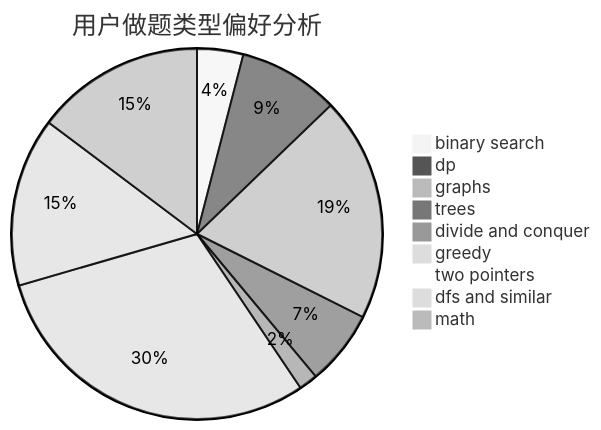
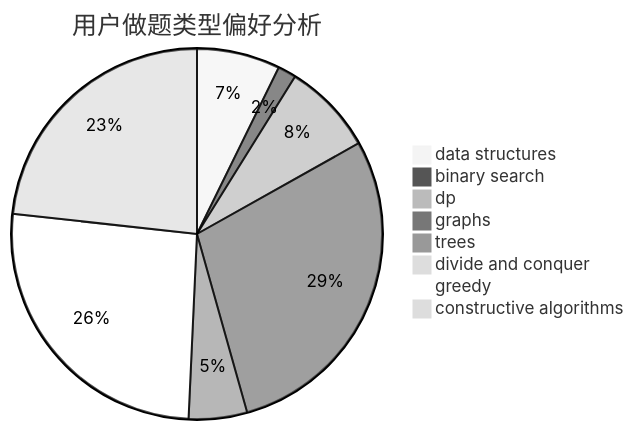
One commit to sherpahu/cfrs.github.io changed the second of 3 diagrams in docs/user/u501.md. Above: the diagram before and after it, drawn with Mermaid (neutral theme). The commit also changed other lines of this file and 2775 other files, not shown here.

````diff
--- a/docs/user/u501.md
+++ b/docs/user/u501.md
@@ -23,12 +23,11 @@
 ```mermaid
 pie title 用户做题类型偏好分析
-    "binary search" :  54
-    "dp" :  118
-    "graphs" :  263
-    "trees" :  88
-    "divide and conquer" :  22
-    "greedy" :  402
-    "two pointers" :  7
-    "dfs and similar" :  198
-    "math" :  198
+    "data structures" :  50
+    "binary search" :  11
+    "dp" :  55
+    "graphs" :  198
+    "trees" :  35
+    "divide and conquer" :  0
+    "greedy" :  179
+    "constructive algorithms" :  160
 ```
````
